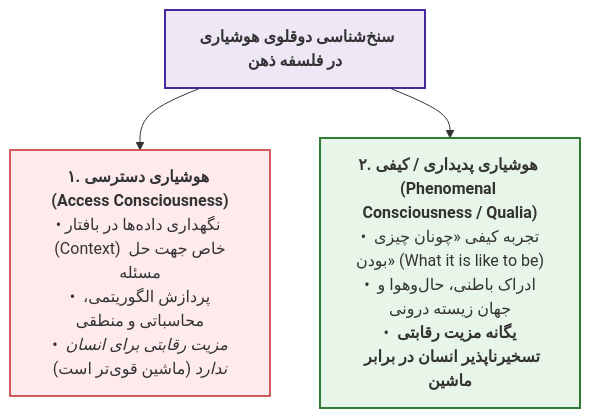
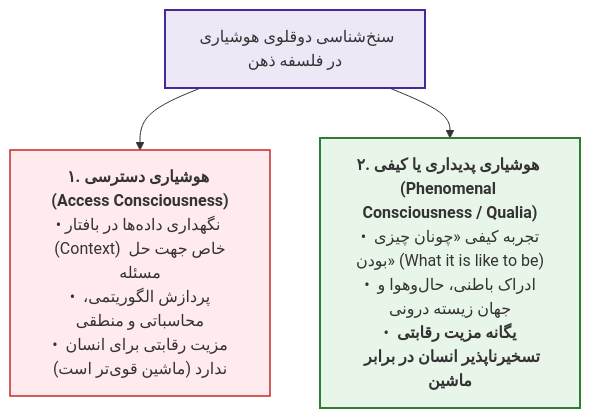
One commit to neopulse-hub/TUMS-1402-1-neo changed diagram 23 of 33 in 05/ادبیات/جامع بخش 4.md. Above: the diagram before and after it, drawn with Mermaid.

Commit message:
Update جامع بخش 4.md

````diff
--- a/05/ادبیات/جامع بخش 4.md
+++ b/05/ادبیات/جامع بخش 4.md
@@ -690,12 +690,13 @@
 ```mermaid
 flowchart TD
-    Consciousness["<b>سنخ‌شناسی دوقلوی هوشیاری در فلسفه ذهن</b>"]
-    
-    Consciousness --> AC["<b>۱. هوشیاری دسترسی (Access Consciousness)</b><br>• نگهداری داده‌ها در بافتار (Context) خاص جهت حل مسئله<br>• پردازش الگوریتمی، محاسباتی و منطقی<br>• <i>مزیت رقابتی برای انسان ندارد</i> (ماشین قوی‌تر است)"]
-    
-    Consciousness --> PC["<b>۲. هوشیاری پدیداری / کیفی (Phenomenal Consciousness / Qualia)</b><br>• تجربه کیفی «چونان چیزی بودن» (What it is like to be)<br>• ادراک باطنی، حال‌وهوا و جهان زیسته درونی<br>• <b>یگانه مزیت رقابتی تسخیرناپذیر انسان در برابر ماشین</b>"]
 
-    style Consciousness fill:#ede7f6,stroke:#4527a0,stroke-width:2px;
-    style AC fill:#ffebee,stroke:#c62828,stroke-width:1.5px;
-    style PC fill:#e8f5e9,stroke:#2e7d32,stroke-width:2px;
+Consciousness["سنخ‌‌شناسی دوقلوی هوشیاری در فلسفه ذهن"]
+
+Consciousness --> AC["<b>۱. هوشیاری دسترسی (Access Consciousness)</b><br/>• نگهداری داده‌ها در بافتار (Context) خاص جهت حل مسئله<br/>• پردازش الگوریتمی، محاسباتی و منطقی<br/>• مزیت رقابتی برای انسان ندارد (ماشین قوی‌تر است)"]
+
+Consciousness --> PC["<b>۲. هوشیاری پدیداری یا کیفی (Phenomenal Consciousness / Qualia)</b><br/>• تجربه کیفی «چونان چیزی بودن» (What it is like to be)<br/>• ادراک باطنی، حال‌وهوا و جهان زیسته درونی<br/>• <b>یگانه مزیت رقابتی تسخیرناپذیر انسان در برابر ماشین</b>"]
+
+style Consciousness fill:#ede7f6,stroke:#4527a0,stroke-width:2px;
+style AC fill:#ffebee,stroke:#c62828,stroke-width:1.5px;
+style PC fill:#e8f5e9,stroke:#2e7d32,stroke-width:2px;
 ```
````
